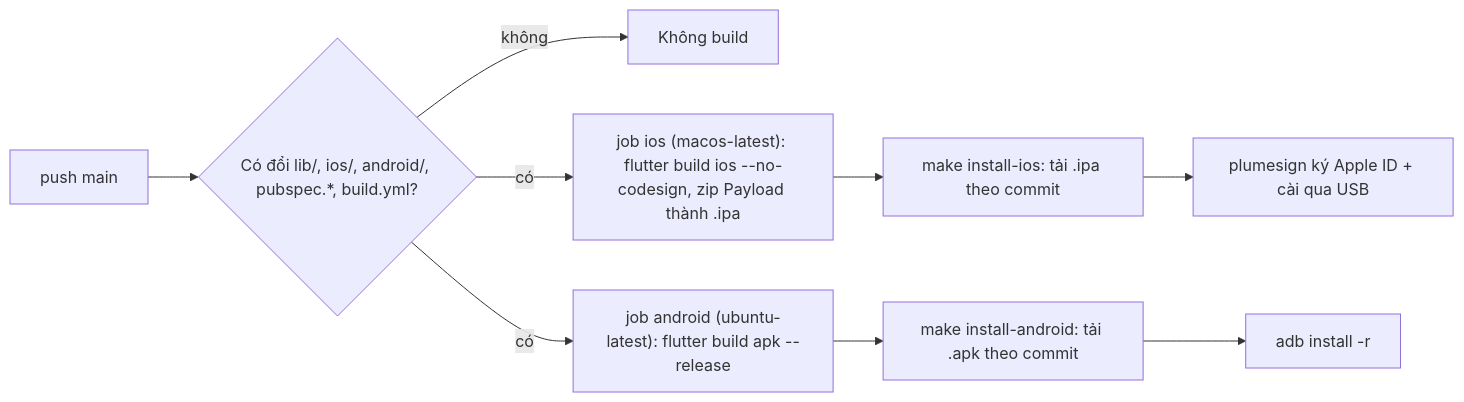
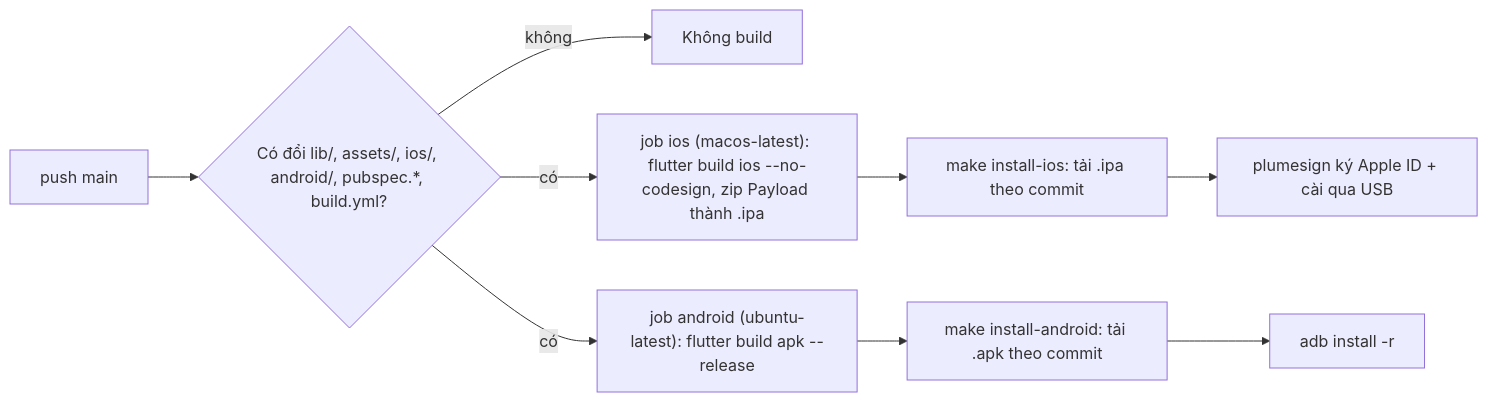
The diagram in docs/deployment_guide.md (mihb123/ttyd-keys), drawn with Mermaid before and after one commit. The commit also changed other lines of this file and 28 other files, not shown here.

````diff
--- a/docs/deployment_guide.md
+++ b/docs/deployment_guide.md
@@ -50,11 +50,11 @@
 ```mermaid
 flowchart LR
-    Push["push main"] --> CM{"Có đổi lib/, ios/, android/, pubspec.*, build.yml?"}
+    Push["push main"] --> CM{"Có đổi lib/, assets/, ios/, android/, pubspec.*, build.yml?"}
     CM -->|"không"| Skip["Không build"]
     CM -->|"có"| IOS["job ios (macos-latest): flutter build ios --no-codesign, zip Payload thành .ipa"]
     CM -->|"có"| AND["job android (ubuntu-latest): flutter build apk --release"]
     IOS --> Pull["make install-ios: tải .ipa theo commit"]
     AND --> PullA["make install-android: tải .apk theo commit"]
     Pull --> Imp["plumesign ký Apple ID + cài qua USB"]
     PullA --> Phone["adb install -r"]
 ```
````
